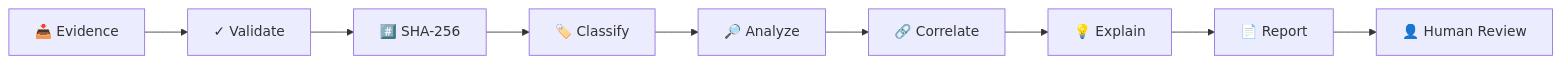
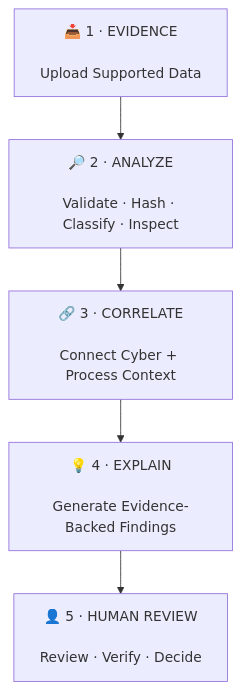
One commit to HaziqBinAfzal/AquaVigil changed the second of 8 diagrams in README.md. Above: the diagram before and after it, drawn with Mermaid. The commit also changed other lines of this file, not shown here.

````diff
--- a/README.md
+++ b/README.md
@@ -155,11 +169,18 @@
 ```mermaid
-flowchart LR
-    A["📥 Evidence"] --> B["✓ Validate"]
-    B --> C["#️⃣ SHA-256"]
-    C --> D["🏷️ Classify"]
-    D --> E["🔎 Analyze"]
-    E --> F["🔗 Correlate"]
-    F --> G["💡 Explain"]
-    G --> H["📄 Report"]
-    H --> I["👤 Human Review"]
+flowchart TB
+
+    A["📥 1 · EVIDENCE<br/><br/>Upload Supported Data"]
+
+    B["🔎 2 · ANALYZE<br/><br/>Validate · Hash · Classify · Inspect"]
+
+    C["🔗 3 · CORRELATE<br/><br/>Connect Cyber + Process Context"]
+
+    D["💡 4 · EXPLAIN<br/><br/>Generate Evidence-Backed Findings"]
+
+    E["👤 5 · HUMAN REVIEW<br/><br/>Review · Verify · Decide"]
+
+    A --> B
+    B --> C
+    C --> D
+    D --> E
 ```
````
